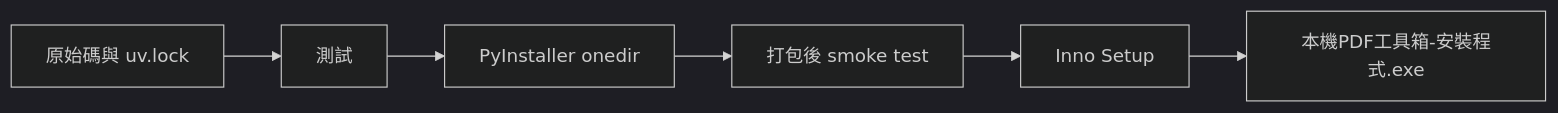
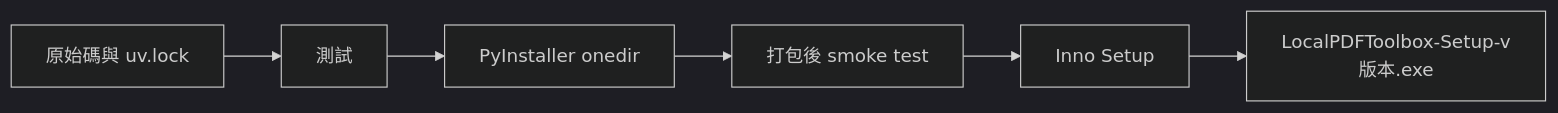
Before and after one commit to Yufe1210/local-pdf-toolbox: the diagram in docs/release-and-update.md, drawn with Mermaid (dark theme). The commit also changed other lines of this file and 6 other files, not shown here.

````diff
--- a/docs/release-and-update.md
+++ b/docs/release-and-update.md
@@ -7,8 +7,8 @@
 ```mermaid
 flowchart LR
     Source["原始碼與 uv.lock"] --> Tests["測試"]
     Tests --> PyInstaller["PyInstaller onedir"]
     PyInstaller --> Smoke["打包後 smoke test"]
     Smoke --> Inno["Inno Setup"]
-    Inno --> Installer["本機PDF工具箱-安裝程式.exe"]
+    Inno --> Installer["LocalPDFToolbox-Setup-v版本.exe"]
 ```
````
